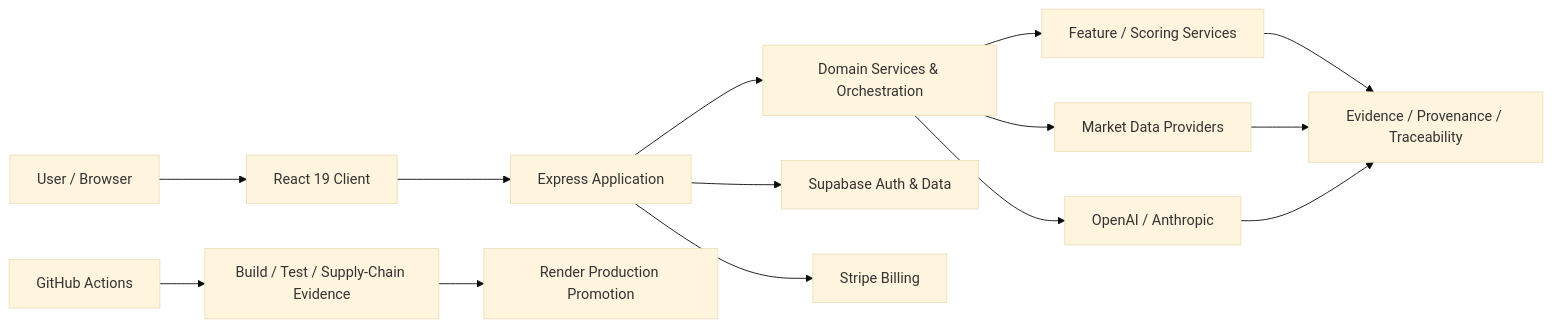
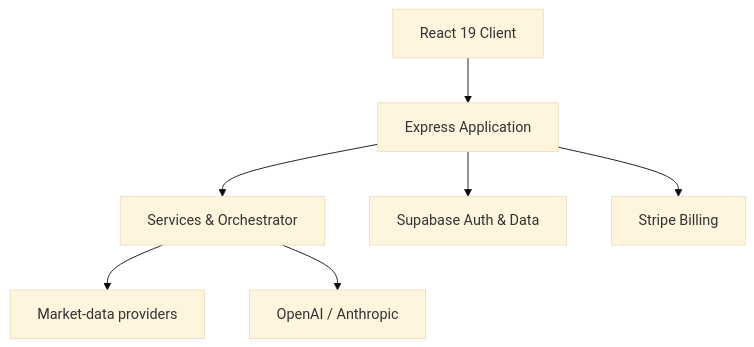
Before and after one commit to capital-ai-online/Finance: the diagram in README.md, drawn with Mermaid (base theme). The commit also changed other lines of this file and 1791 other files, not shown here.

````diff
--- a/README.md
+++ b/README.md
@@ -45,20 +24,9 @@
 ```mermaid
-flowchart LR
-    USER["User / Browser"] --> UI["React 19 Client"]
-    UI --> API["Express Application"]
-
-    API --> ORCH["Domain Services & Orchestration"]
-    ORCH --> MARKET["Market Data Providers"]
+flowchart TD
+    UI["React 19 Client"] --> API["Express Application"]
+    API --> ORCH["Services & Orchestrator"]
+    ORCH --> DATA["Market-data providers"]
     ORCH --> AI["OpenAI / Anthropic"]
-    ORCH --> SCORE["Feature / Scoring Services"]
-
     API --> AUTH["Supabase Auth & Data"]
     API --> BILLING["Stripe Billing"]
-
-    SCORE --> EVIDENCE["Evidence / Provenance / Traceability"]
-    MARKET --> EVIDENCE
-    AI --> EVIDENCE
-
-    GH["GitHub Actions"] --> BUILD["Build / Test / Supply-Chain Evidence"]
-    BUILD --> RENDER["Render Production Promotion"]
 ```
````
